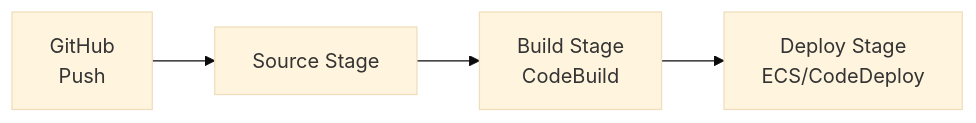
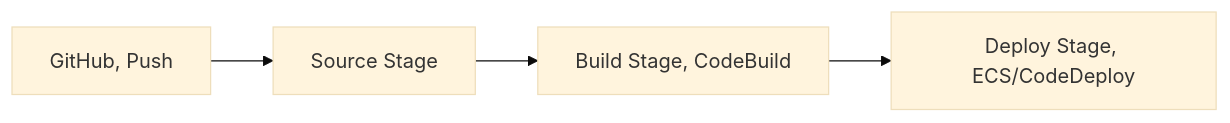
One commit to DeeptiShuklaProject/Uday_AWS changed the fifth of 5 diagrams in Chapter_20_AWS_CodePipeline.md. Above: the diagram before and after it, drawn with Mermaid (base theme). The commit also changed 34 other files, not shown here.

Commit message:
Fix mermaid diagrams syntax across all chapters (quote labels and remove HTML)

````diff
--- a/Chapter_20_AWS_CodePipeline.md
+++ b/Chapter_20_AWS_CodePipeline.md
@@ -1137,6 +1137,6 @@
 ```mermaid
 flowchart LR
-    Git[GitHub<br>Push] --> Source[Source Stage]
-    Source --> Build[Build Stage<br>CodeBuild]
-    Build --> Deploy[Deploy Stage<br>ECS/CodeDeploy]
+    Git["GitHub, Push"] --> Source[Source Stage]
+    Source --> Build["Build Stage, CodeBuild"]
+    Build --> Deploy["Deploy Stage, ECS/CodeDeploy"]
 ```
````
